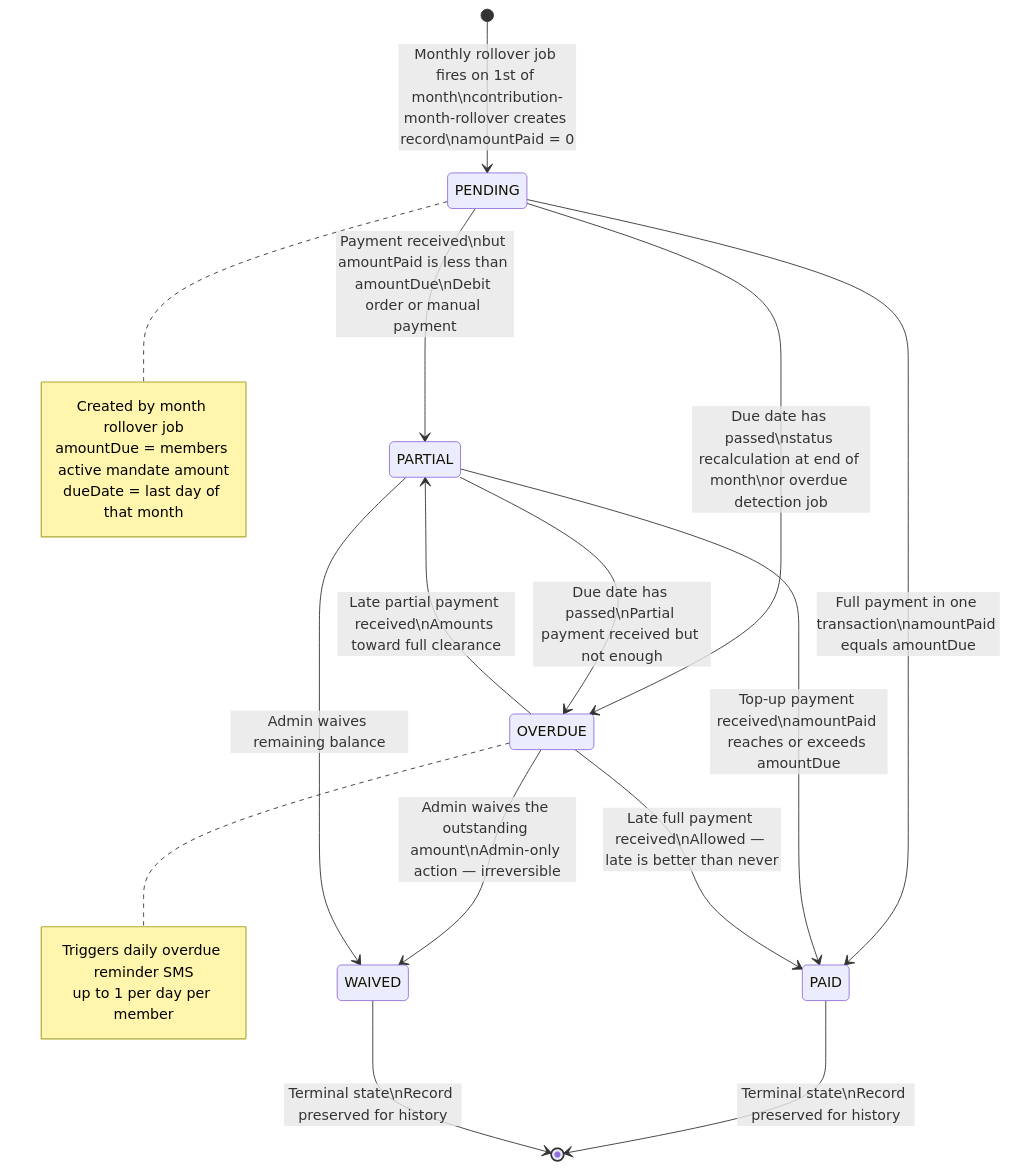
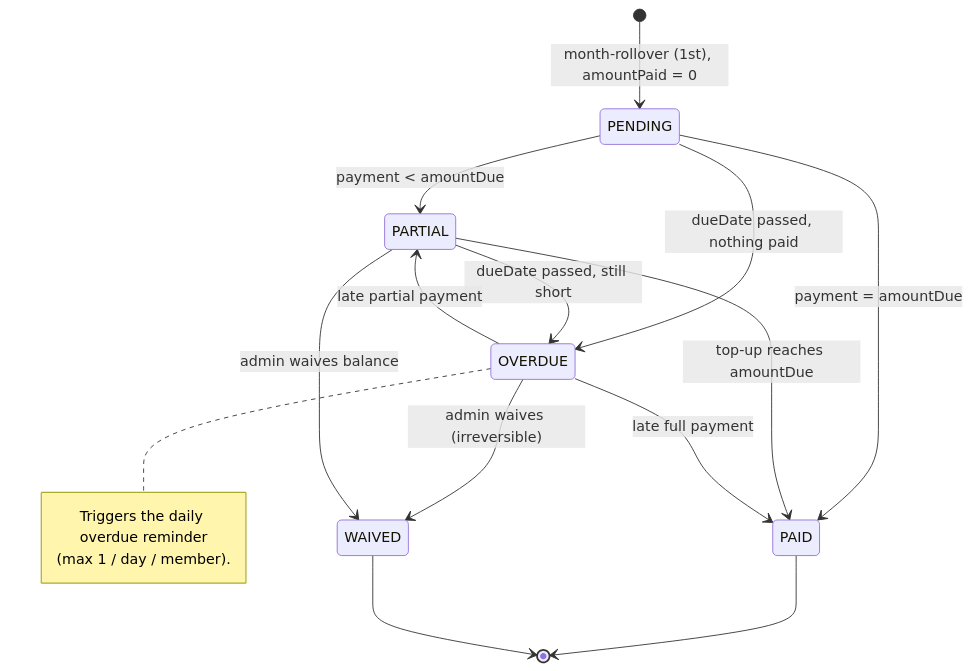
One commit to KSDRILL-SA/Xkimi-Xa-Mali changed the first of 4 diagrams in docs/flows/03-contribution-lifecycle.md. Above: the diagram before and after it, drawn with Mermaid. The commit also changed other lines of this file and 4 other files, not shown here.

First line of the commit message:
docs: tighten flow diagrams and correct stale framing (#190)

````diff
--- a/docs/flows/03-contribution-lifecycle.md
+++ b/docs/flows/03-contribution-lifecycle.md
@@ -15,37 +9,19 @@
 ```mermaid
 stateDiagram-v2
-    [*] --> PENDING : Monthly rollover job fires on 1st of month\ncontribution-month-rollover creates record\namountPaid = 0
-
-    PENDING --> PARTIAL : Payment received\nbut amountPaid is less than amountDue\nDebit order or manual payment
-
-    PENDING --> PAID : Full payment in one transaction\namountPaid equals amountDue
-
-    PENDING --> OVERDUE : Due date has passed\nstatus recalculation at end of month\nor overdue detection job
-
-    PARTIAL --> PAID : Top-up payment received\namountPaid reaches or exceeds amountDue
-
-    PARTIAL --> OVERDUE : Due date has passed\nPartial payment received but not enough
-
-    OVERDUE --> PAID : Late full payment received\nAllowed — late is better than never
-
-    OVERDUE --> PARTIAL : Late partial payment received\nAmounts toward full clearance
-
-    OVERDUE --> WAIVED : Admin waives the outstanding amount\nAdmin-only action — irreversible
-
-    PARTIAL --> WAIVED : Admin waives remaining balance
-
-    PAID --> [*] : Terminal state\nRecord preserved for history
-
-    WAIVED --> [*] : Terminal state\nRecord preserved for history
-
-    note right of PENDING
-        Created by month rollover job
-        amountDue = members active mandate amount
-        dueDate = last day of that month
-    end note
-
+    [*] --> PENDING : month-rollover (1st), amountPaid = 0
+    PENDING --> PARTIAL : payment < amountDue
+    PENDING --> PAID : payment = amountDue
+    PENDING --> OVERDUE : dueDate passed, nothing paid
+    PARTIAL --> PAID : top-up reaches amountDue
+    PARTIAL --> OVERDUE : dueDate passed, still short
+    OVERDUE --> PAID : late full payment
+    OVERDUE --> PARTIAL : late partial payment
+    OVERDUE --> WAIVED : admin waives (irreversible)
+    PARTIAL --> WAIVED : admin waives balance
+    PAID --> [*]
+    WAIVED --> [*]
     note right of OVERDUE
-        Triggers daily overdue reminder SMS
-        up to 1 per day per member
+        Triggers the daily overdue reminder
+        (max 1 / day / member).
     end note
 ```
````
